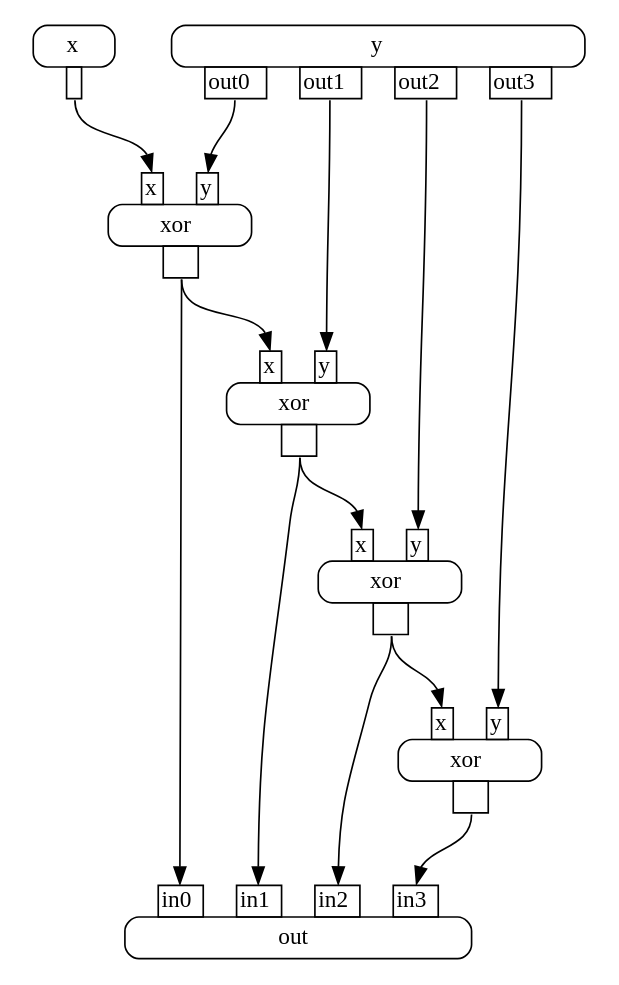
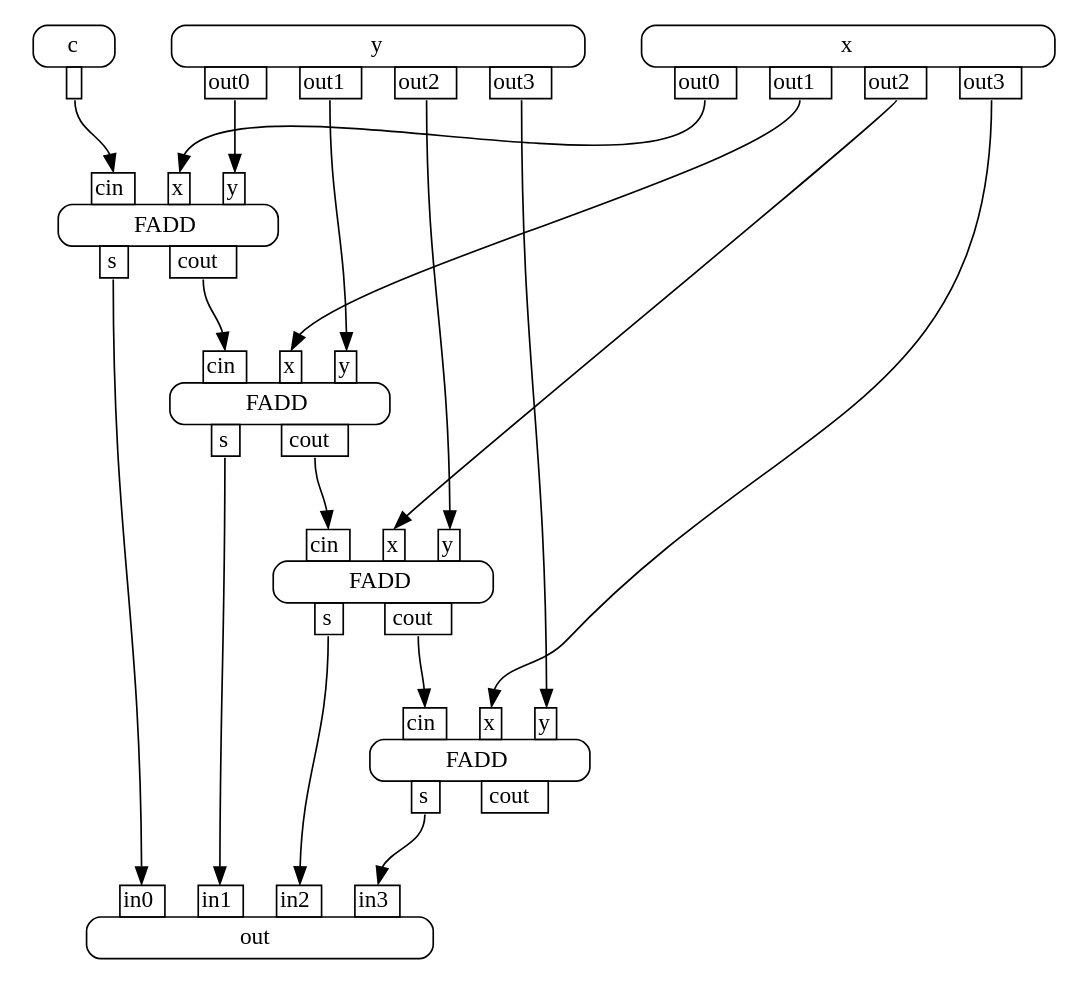
One commit to akuczala/cat-circuits changed the diagram in graphs/example9.gv. Above: the diagram before and after it, drawn with Graphviz. The commit also changed 4 other files, not shown here.

```diff
--- a/graphs/example9.gv
+++ b/graphs/example9.gv
@@ -1,54 +1,66 @@
 digraph {
     n0 [shape=plaintext
        ,label=<<TABLE BORDER="0" CELLBORDER="0" CELLSPACING="0" CELLPADDING="0"><TR><TD><TABLE BORDER="0" CELLBORDER="0" CELLSPACING="0" CELLPADDING="0"><TR><TD WIDTH="20"></TD> <TD PORT="in0" BORDER="1" CELLPADDING="1">in0</TD> <TD WIDTH="20"></TD> <TD PORT="in1" BORDER="1" CELLPADDING="1">in1</TD> <TD WIDTH="20"></TD> <TD PORT="in2" BORDER="1" CELLPADDING="1">in2</TD> <TD WIDTH="20"></TD> <TD PORT="in3" BORDER="1" CELLPADDING="1">in3</TD> <TD WIDTH="20"></TD></TR></TABLE></TD></TR>
                                                                                 <TR><TD BORDER="1" CELLPADDING="4" STYLE="ROUNDED">out</TD></TR>
                                                                                 <TR><TD><TABLE BORDER="0" CELLBORDER="0" CELLSPACING="0" CELLPADDING="0"><TR><TD WIDTH="20"></TD> <TD WIDTH="20"></TD></TR></TABLE></TD></TR></TABLE>>];
     n1 [shape=plaintext
-       ,label=<<TABLE BORDER="0" CELLBORDER="0" CELLSPACING="0" CELLPADDING="0"><TR><TD><TABLE BORDER="0" CELLBORDER="0" CELLSPACING="0" CELLPADDING="0"><TR><TD WIDTH="20"></TD> <TD PORT="in0" BORDER="1" CELLPADDING="1">x</TD> <TD WIDTH="20"></TD> <TD PORT="in1" BORDER="1" CELLPADDING="1">y</TD> <TD WIDTH="20"></TD></TR></TABLE></TD></TR>
-                                                                                <TR><TD BORDER="1" CELLPADDING="4" STYLE="ROUNDED">xor</TD></TR>
-                                                                                <TR><TD><TABLE BORDER="0" CELLBORDER="0" CELLSPACING="0" CELLPADDING="0"><TR><TD WIDTH="20"></TD> <TD PORT="out0" BORDER="1" CELLPADDING="1"> </TD> <TD WIDTH="20"></TD></TR></TABLE></TD></TR></TABLE>>];
+       ,label=<<TABLE BORDER="0" CELLBORDER="0" CELLSPACING="0" CELLPADDING="0"><TR><TD><TABLE BORDER="0" CELLBORDER="0" CELLSPACING="0" CELLPADDING="0"><TR><TD WIDTH="20"></TD> <TD PORT="in0" BORDER="1" CELLPADDING="1">cin</TD> <TD WIDTH="20"></TD> <TD PORT="in1" BORDER="1" CELLPADDING="1">x</TD> <TD WIDTH="20"></TD> <TD PORT="in2" BORDER="1" CELLPADDING="1">y</TD> <TD WIDTH="20"></TD></TR></TABLE></TD></TR>
+                                                                                <TR><TD BORDER="1" CELLPADDING="4" STYLE="ROUNDED">FADD</TD></TR>
+                                                                                <TR><TD><TABLE BORDER="0" CELLBORDER="0" CELLSPACING="0" CELLPADDING="0"><TR><TD WIDTH="20"></TD> <TD PORT="out0" BORDER="1" CELLPADDING="1">s</TD> <TD WIDTH="20"></TD> <TD PORT="out1" BORDER="1" CELLPADDING="1">cout</TD> <TD WIDTH="20"></TD></TR></TABLE></TD></TR></TABLE>>];
     n2 [shape=plaintext
-       ,label=<<TABLE BORDER="0" CELLBORDER="0" CELLSPACING="0" CELLPADDING="0"><TR><TD><TABLE BORDER="0" CELLBORDER="0" CELLSPACING="0" CELLPADDING="0"><TR><TD WIDTH="20"></TD> <TD PORT="in0" BORDER="1" CELLPADDING="1">x</TD> <TD WIDTH="20"></TD> <TD PORT="in1" BORDER="1" CELLPADDING="1">y</TD> <TD WIDTH="20"></TD></TR></TABLE></TD></TR>
-                                                                                <TR><TD BORDER="1" CELLPADDING="4" STYLE="ROUNDED">xor</TD></TR>
-                                                                                <TR><TD><TABLE BORDER="0" CELLBORDER="0" CELLSPACING="0" CELLPADDING="0"><TR><TD WIDTH="20"></TD> <TD PORT="out0" BORDER="1" CELLPADDING="1"> </TD> <TD WIDTH="20"></TD></TR></TABLE></TD></TR></TABLE>>];
+       ,label=<<TABLE BORDER="0" CELLBORDER="0" CELLSPACING="0" CELLPADDING="0"><TR><TD><TABLE BORDER="0" CELLBORDER="0" CELLSPACING="0" CELLPADDING="0"><TR><TD WIDTH="20"></TD> <TD PORT="in0" BORDER="1" CELLPADDING="1">cin</TD> <TD WIDTH="20"></TD> <TD PORT="in1" BORDER="1" CELLPADDING="1">x</TD> <TD WIDTH="20"></TD> <TD PORT="in2" BORDER="1" CELLPADDING="1">y</TD> <TD WIDTH="20"></TD></TR></TABLE></TD></TR>
+                                                                                <TR><TD BORDER="1" CELLPADDING="4" STYLE="ROUNDED">FADD</TD></TR>
+                                                                                <TR><TD><TABLE BORDER="0" CELLBORDER="0" CELLSPACING="0" CELLPADDING="0"><TR><TD WIDTH="20"></TD> <TD PORT="out0" BORDER="1" CELLPADDING="1">s</TD> <TD WIDTH="20"></TD> <TD PORT="out1" BORDER="1" CELLPADDING="1">cout</TD> <TD WIDTH="20"></TD></TR></TABLE></TD></TR></TABLE>>];
     n3 [shape=plaintext
-       ,label=<<TABLE BORDER="0" CELLBORDER="0" CELLSPACING="0" CELLPADDING="0"><TR><TD><TABLE BORDER="0" CELLBORDER="0" CELLSPACING="0" CELLPADDING="0"><TR><TD WIDTH="20"></TD> <TD PORT="in0" BORDER="1" CELLPADDING="1">x</TD> <TD WIDTH="20"></TD> <TD PORT="in1" BORDER="1" CELLPADDING="1">y</TD> <TD WIDTH="20"></TD></TR></TABLE></TD></TR>
-                                                                                <TR><TD BORDER="1" CELLPADDING="4" STYLE="ROUNDED">xor</TD></TR>
-                                                                                <TR><TD><TABLE BORDER="0" CELLBORDER="0" CELLSPACING="0" CELLPADDING="0"><TR><TD WIDTH="20"></TD> <TD PORT="out0" BORDER="1" CELLPADDING="1"> </TD> <TD WIDTH="20"></TD></TR></TABLE></TD></TR></TABLE>>];
+       ,label=<<TABLE BORDER="0" CELLBORDER="0" CELLSPACING="0" CELLPADDING="0"><TR><TD><TABLE BORDER="0" CELLBORDER="0" CELLSPACING="0" CELLPADDING="0"><TR><TD WIDTH="20"></TD> <TD PORT="in0" BORDER="1" CELLPADDING="1">cin</TD> <TD WIDTH="20"></TD> <TD PORT="in1" BORDER="1" CELLPADDING="1">x</TD> <TD WIDTH="20"></TD> <TD PORT="in2" BORDER="1" CELLPADDING="1">y</TD> <TD WIDTH="20"></TD></TR></TABLE></TD></TR>
+                                                                                <TR><TD BORDER="1" CELLPADDING="4" STYLE="ROUNDED">FADD</TD></TR>
+                                                                                <TR><TD><TABLE BORDER="0" CELLBORDER="0" CELLSPACING="0" CELLPADDING="0"><TR><TD WIDTH="20"></TD> <TD PORT="out0" BORDER="1" CELLPADDING="1">s</TD> <TD WIDTH="20"></TD> <TD PORT="out1" BORDER="1" CELLPADDING="1">cout</TD> <TD WIDTH="20"></TD></TR></TABLE></TD></TR></TABLE>>];
     n4 [shape=plaintext
-       ,label=<<TABLE BORDER="0" CELLBORDER="0" CELLSPACING="0" CELLPADDING="0"><TR><TD><TABLE BORDER="0" CELLBORDER="0" CELLSPACING="0" CELLPADDING="0"><TR><TD WIDTH="20"></TD> <TD PORT="in0" BORDER="1" CELLPADDING="1">x</TD> <TD WIDTH="20"></TD> <TD PORT="in1" BORDER="1" CELLPADDING="1">y</TD> <TD WIDTH="20"></TD></TR></TABLE></TD></TR>
-                                                                                <TR><TD BORDER="1" CELLPADDING="4" STYLE="ROUNDED">xor</TD></TR>
-                                                                                <TR><TD><TABLE BORDER="0" CELLBORDER="0" CELLSPACING="0" CELLPADDING="0"><TR><TD WIDTH="20"></TD> <TD PORT="out0" BORDER="1" CELLPADDING="1"> </TD> <TD WIDTH="20"></TD></TR></TABLE></TD></TR></TABLE>>];
+       ,label=<<TABLE BORDER="0" CELLBORDER="0" CELLSPACING="0" CELLPADDING="0"><TR><TD><TABLE BORDER="0" CELLBORDER="0" CELLSPACING="0" CELLPADDING="0"><TR><TD WIDTH="20"></TD> <TD PORT="in0" BORDER="1" CELLPADDING="1">cin</TD> <TD WIDTH="20"></TD> <TD PORT="in1" BORDER="1" CELLPADDING="1">x</TD> <TD WIDTH="20"></TD> <TD PORT="in2" BORDER="1" CELLPADDING="1">y</TD> <TD WIDTH="20"></TD></TR></TABLE></TD></TR>
+                                                                                <TR><TD BORDER="1" CELLPADDING="4" STYLE="ROUNDED">FADD</TD></TR>
+                                                                                <TR><TD><TABLE BORDER="0" CELLBORDER="0" CELLSPACING="0" CELLPADDING="0"><TR><TD WIDTH="20"></TD> <TD PORT="out0" BORDER="1" CELLPADDING="1">s</TD> <TD WIDTH="20"></TD> <TD PORT="out1" BORDER="1" CELLPADDING="1">cout</TD> <TD WIDTH="20"></TD></TR></TABLE></TD></TR></TABLE>>];
     n5 [shape=plaintext
        ,label=<<TABLE BORDER="0" CELLBORDER="0" CELLSPACING="0" CELLPADDING="0"><TR><TD><TABLE BORDER="0" CELLBORDER="0" CELLSPACING="0" CELLPADDING="0"><TR><TD WIDTH="20"></TD> <TD WIDTH="20"></TD></TR></TABLE></TD></TR>
                                                                                 <TR><TD BORDER="1" CELLPADDING="4" STYLE="ROUNDED">y</TD></TR>
                                                                                 <TR><TD><TABLE BORDER="0" CELLBORDER="0" CELLSPACING="0" CELLPADDING="0"><TR><TD WIDTH="20"></TD> <TD PORT="out0" BORDER="1" CELLPADDING="1">out0</TD> <TD WIDTH="20"></TD> <TD PORT="out1" BORDER="1" CELLPADDING="1">out1</TD> <TD WIDTH="20"></TD> <TD PORT="out2" BORDER="1" CELLPADDING="1">out2</TD> <TD WIDTH="20"></TD> <TD PORT="out3" BORDER="1" CELLPADDING="1">out3</TD> <TD WIDTH="20"></TD></TR></TABLE></TD></TR></TABLE>>];
     n6 [shape=plaintext
        ,label=<<TABLE BORDER="0" CELLBORDER="0" CELLSPACING="0" CELLPADDING="0"><TR><TD><TABLE BORDER="0" CELLBORDER="0" CELLSPACING="0" CELLPADDING="0"><TR><TD WIDTH="20"></TD> <TD WIDTH="20"></TD></TR></TABLE></TD></TR>
                                                                                 <TR><TD BORDER="1" CELLPADDING="4" STYLE="ROUNDED">x</TD></TR>
+                                                                                <TR><TD><TABLE BORDER="0" CELLBORDER="0" CELLSPACING="0" CELLPADDING="0"><TR><TD WIDTH="20"></TD> <TD PORT="out0" BORDER="1" CELLPADDING="1">out0</TD> <TD WIDTH="20"></TD> <TD PORT="out1" BORDER="1" CELLPADDING="1">out1</TD> <TD WIDTH="20"></TD> <TD PORT="out2" BORDER="1" CELLPADDING="1">out2</TD> <TD WIDTH="20"></TD> <TD PORT="out3" BORDER="1" CELLPADDING="1">out3</TD> <TD WIDTH="20"></TD></TR></TABLE></TD></TR></TABLE>>];
+    n7 [shape=plaintext
+       ,label=<<TABLE BORDER="0" CELLBORDER="0" CELLSPACING="0" CELLPADDING="0"><TR><TD><TABLE BORDER="0" CELLBORDER="0" CELLSPACING="0" CELLPADDING="0"><TR><TD WIDTH="20"></TD> <TD WIDTH="20"></TD></TR></TABLE></TD></TR>
+                                                                                <TR><TD BORDER="1" CELLPADDING="4" STYLE="ROUNDED">c</TD></TR>
                                                                                 <TR><TD><TABLE BORDER="0" CELLBORDER="0" CELLSPACING="0" CELLPADDING="0"><TR><TD WIDTH="20"></TD> <TD PORT="out0" BORDER="1" CELLPADDING="1"> </TD> <TD WIDTH="20"></TD></TR></TABLE></TD></TR></TABLE>>];
-    n4 -> n3 [headport=in0
-             ,tailport=out0];
     n4 -> n0 [headport=in0
              ,tailport=out0];
-    n3 -> n2 [headport=in0
-             ,tailport=out0];
     n3 -> n0 [headport=in1
-             ,tailport=out0];
-    n2 -> n1 [headport=in0
              ,tailport=out0];
     n2 -> n0 [headport=in2
              ,tailport=out0];
     n1 -> n0 [headport=in3
              ,tailport=out0];
-    n5 -> n1 [headport=in1
+    n2 -> n1 [headport=in0
+             ,tailport=out1];
+    n6 -> n1 [headport=in1
              ,tailport=out3];
-    n5 -> n2 [headport=in1
+    n5 -> n1 [headport=in2
+             ,tailport=out3];
+    n3 -> n2 [headport=in0
+             ,tailport=out1];
+    n6 -> n2 [headport=in1
              ,tailport=out2];
-    n5 -> n3 [headport=in1
+    n5 -> n2 [headport=in2
+             ,tailport=out2];
+    n4 -> n3 [headport=in0
              ,tailport=out1];
-    n6 -> n4 [headport=in0
+    n6 -> n3 [headport=in1
+             ,tailport=out1];
+    n5 -> n3 [headport=in2
+             ,tailport=out1];
+    n7 -> n4 [headport=in0
              ,tailport=out0];
-    n5 -> n4 [headport=in1
+    n6 -> n4 [headport=in1
+             ,tailport=out0];
+    n5 -> n4 [headport=in2
              ,tailport=out0];
 }
```
